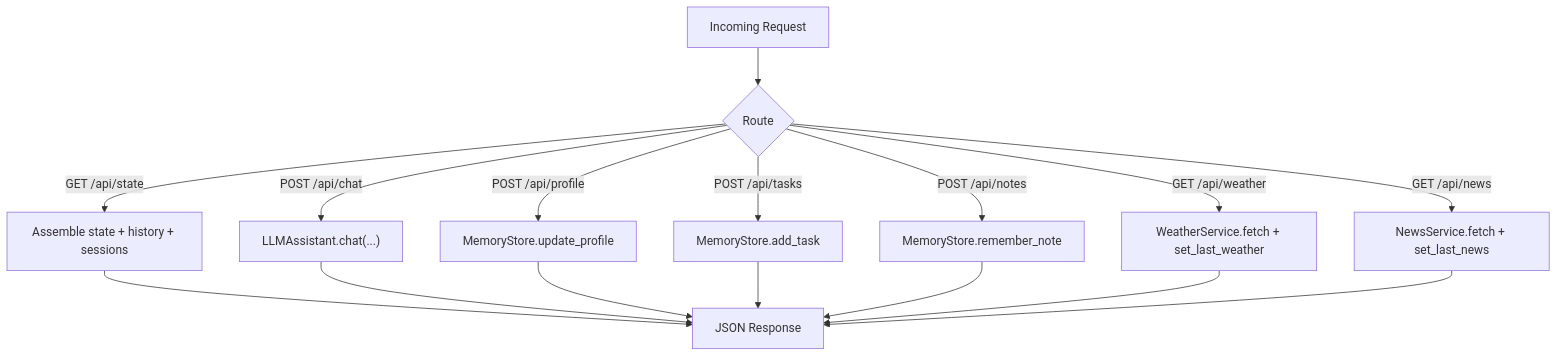
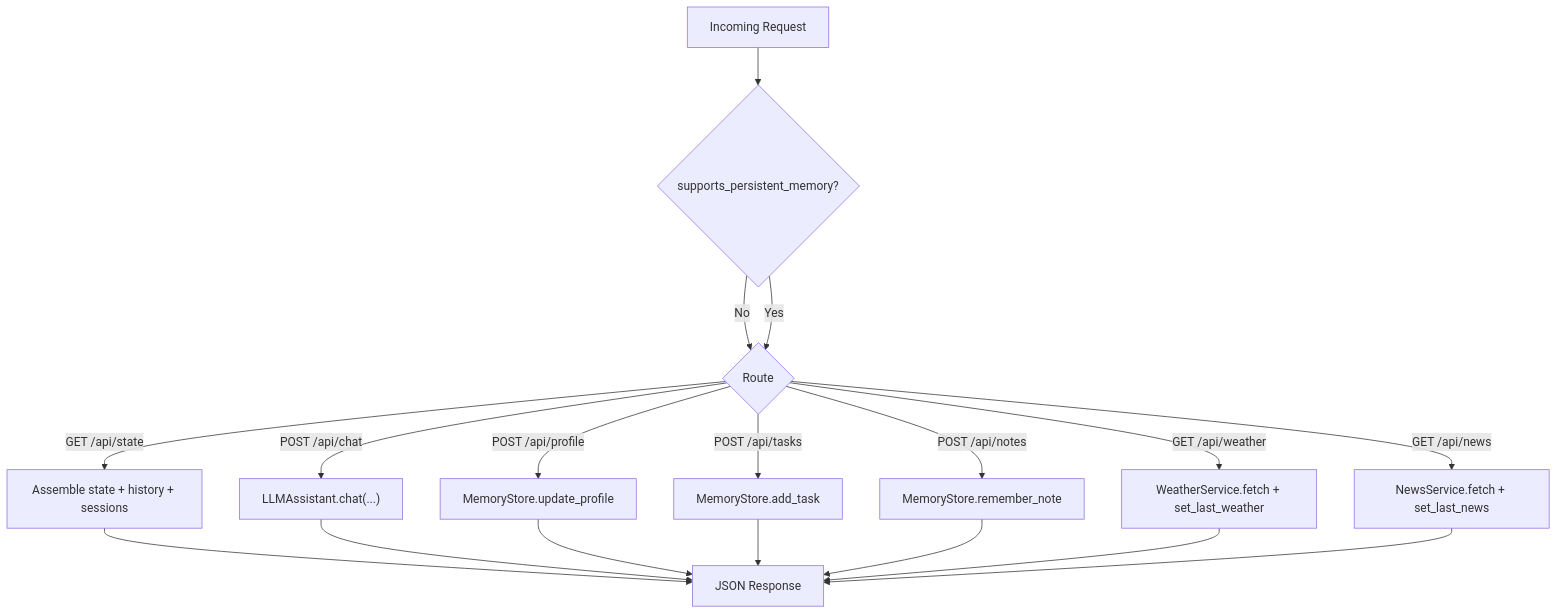
One commit to Sovetsky-Soyuz/AI-Assistant changed the seventh of 9 diagrams in .qoder/repowiki/en/content/Backend Components/AI Assistant Engine/Memory Integration and Data Persistence.md. Above: the diagram before and after it, drawn with Mermaid. The commit also changed other lines of this file and 15 other files, not shown here.

````diff
--- a/.qoder/repowiki/en/content/Backend Components/AI Assistant Engine/Memory Integration and Data Persistence.md
+++ b/.qoder/repowiki/en/content/Backend Components/AI Assistant Engine/Memory Integration and Data Persistence.md
@@ -331,18 +376,20 @@
 ```mermaid
 flowchart TD
-Req["Incoming Request"] --> Route{"Route"}
+Req["Incoming Request"] --> CheckMode{"supports_persistent_memory?"}
+CheckMode --> |No| Route{"Route"}
+CheckMode --> |Yes| Route
 Route --> |GET /api/state| State["Assemble state + history + sessions"]
 Route --> |POST /api/chat| Chat["LLMAssistant.chat(...)"]
 Route --> |POST /api/profile| Prof["MemoryStore.update_profile"]
 Route --> |POST /api/tasks| Task["MemoryStore.add_task"]
 Route --> |POST /api/notes| Note["MemoryStore.remember_note"]
 Route --> |GET /api/weather| Wthr["WeatherService.fetch + set_last_weather"]
 Route --> |GET /api/news| News["NewsService.fetch + set_last_news"]
 State --> Resp["JSON Response"]
 Chat --> Resp
 Prof --> Resp
 Task --> Resp
 Note --> Resp
 Wthr --> Resp
 News --> Resp
 ```
````
